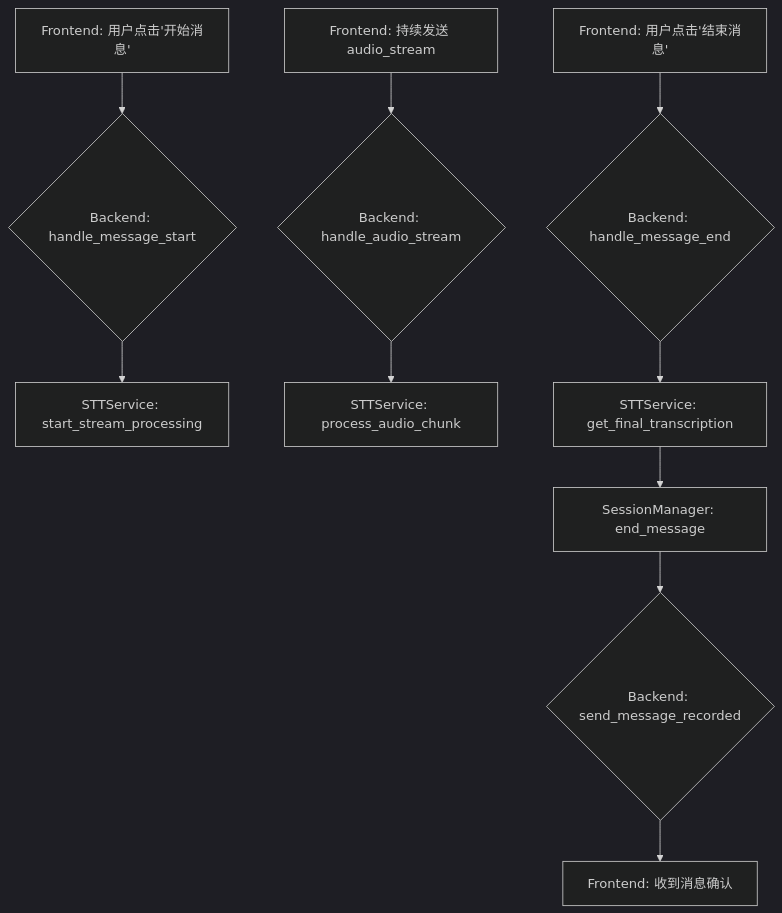
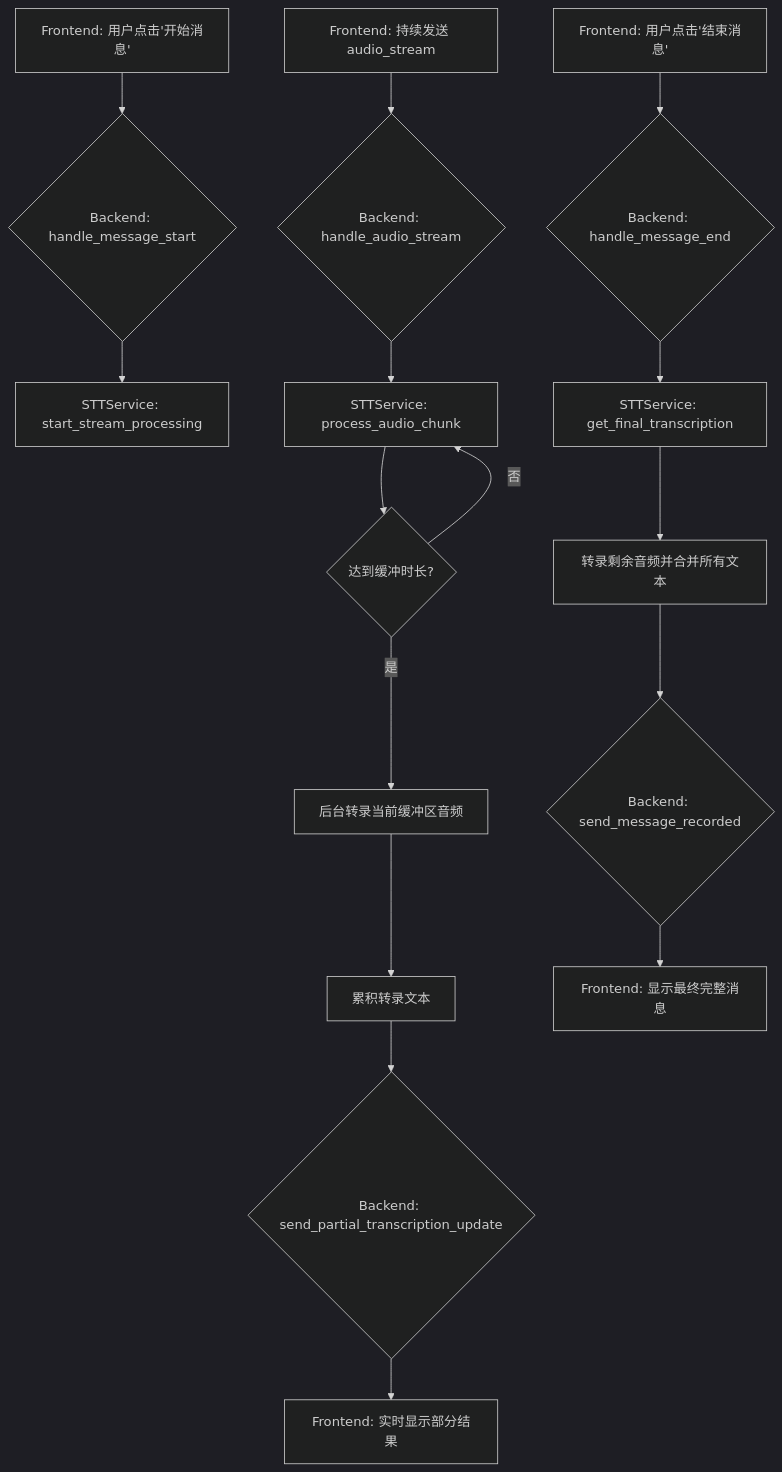
One commit to hsefz-ChenJunJie/rongchangbei changed the second of 2 diagrams in docs/backend_explanation.md. Above: the diagram before and after it, drawn with Mermaid (dark theme). The commit also changed other lines of this file and 7 other files, not shown here.

````diff
--- a/docs/backend_explanation.md
+++ b/docs/backend_explanation.md
@@ -98,12 +98,18 @@
 ```mermaid
 graph TD
     A["Frontend: 用户点击'开始消息'"] --> B{"Backend: handle_message_start"};
     B --> C["STTService: start_stream_processing"];
     D["Frontend: 持续发送 audio_stream"] --> E{"Backend: handle_audio_stream"};
     E --> F["STTService: process_audio_chunk"];
-    G["Frontend: 用户点击'结束消息'"] --> H{"Backend: handle_message_end"};
-    H --> I["STTService: get_final_transcription"];
-    I --> J["SessionManager: end_message"];
-    J --> K{"Backend: send_message_recorded"};
-    K --> L["Frontend: 收到消息确认"];
+    F --> G{达到缓冲时长?};
+    G -- 是 --> H["后台转录当前缓冲区音频"];
+    H --> I["累积转录文本"];
+    I --> J{"Backend: send_partial_transcription_update"};
+    J --> K["Frontend: 实时显示部分结果"];
+    G -- 否 --> F;
+    L["Frontend: 用户点击'结束消息'"] --> M{"Backend: handle_message_end"};
+    M --> N["STTService: get_final_transcription"];
+    N --> O["转录剩余音频并合并所有文本"];
+    O --> P{"Backend: send_message_recorded"};
+    P --> Q["Frontend: 显示最终完整消息"];
 ```
````
